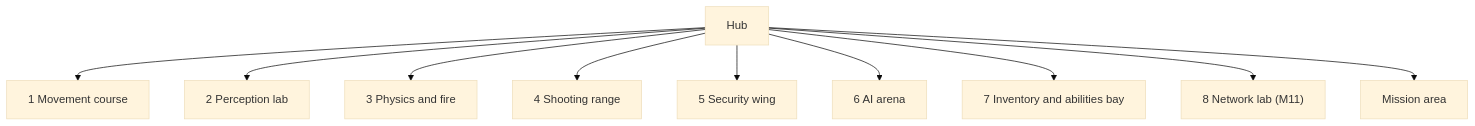
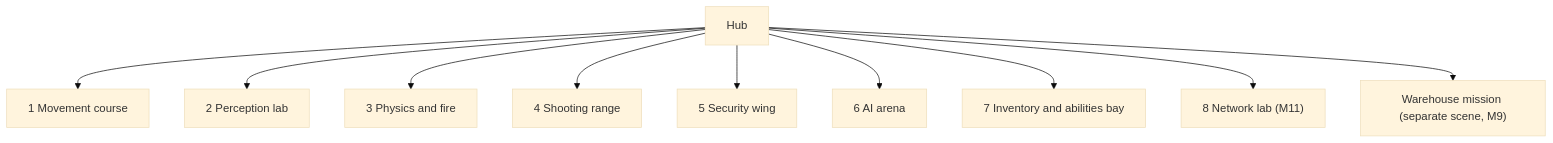
Before and after one commit to matts2cant/im-sim-proto: the diagram in design/levels/hub-and-gallery.md, drawn with Mermaid (base theme). The commit also changed other lines of this file and 5 other files, not shown here.

Commit message:
Design: M9 warehouse mission (ADR 0086)

````diff
--- a/design/levels/hub-and-gallery.md
+++ b/design/levels/hub-and-gallery.md
@@ -9,12 +9,12 @@
 ```mermaid
 graph TD
     H["Hub"] --> R1["1 Movement course"]
     H --> R2["2 Perception lab"]
     H --> R3["3 Physics and fire"]
     H --> R4["4 Shooting range"]
     H --> R5["5 Security wing"]
     H --> R6["6 AI arena"]
     H --> R7["7 Inventory and abilities bay"]
     H --> R8["8 Network lab (M11)"]
-    H --> M["Mission area"]
+    H --> M["Warehouse mission (separate scene, M9)"]
 ```
````
